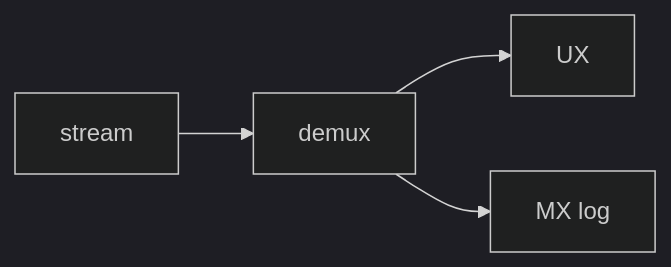
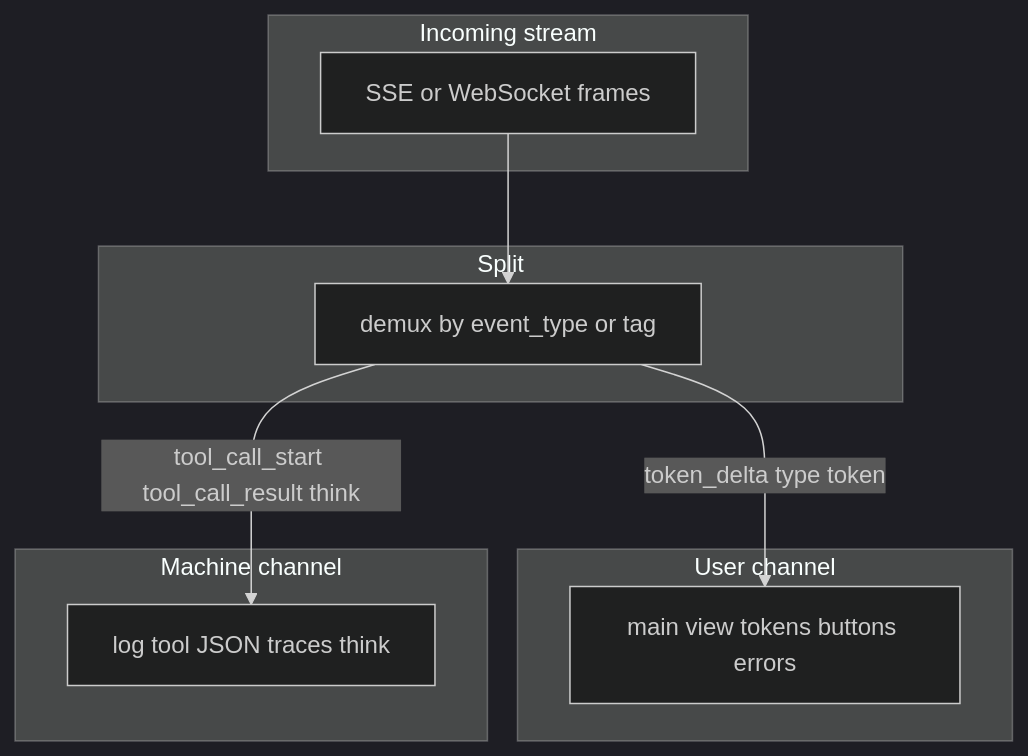
Before and after one commit to jacobbweber/AgenticAI-Labs: the diagram in education/10_the_front_door/02_mx_vs_ux.md, drawn with Mermaid (dark theme). The commit also changed other lines of this file, not shown here.

````diff
--- a/education/10_the_front_door/02_mx_vs_ux.md
+++ b/education/10_the_front_door/02_mx_vs_ux.md
@@ -26,6 +37,18 @@
 ```mermaid
-flowchart LR
-    S["stream"] --> D["demux"]
-    D --> U["UX"]
-    D --> M["MX log"]
+flowchart TD
+    subgraph mxux_stream [Incoming stream]
+        S["SSE or WebSocket frames"]
+    end
+    subgraph mxux_demux [Split]
+        D["demux by event_type or tag"]
+    end
+    subgraph mxux_ux [User channel]
+        U["main view tokens buttons errors"]
+    end
+    subgraph mxux_mx [Machine channel]
+        M["log tool JSON traces think"]
+    end
+    S --> D
+    D -->|"token_delta type token"| U
+    D -->|"tool_call_start tool_call_result think"| M
 ```
````
